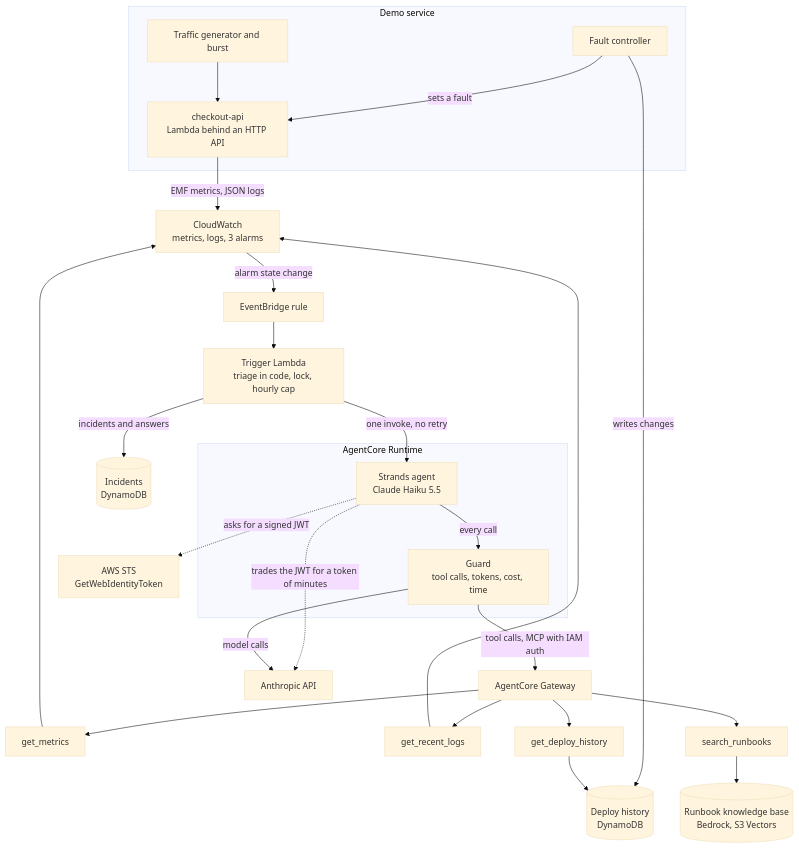
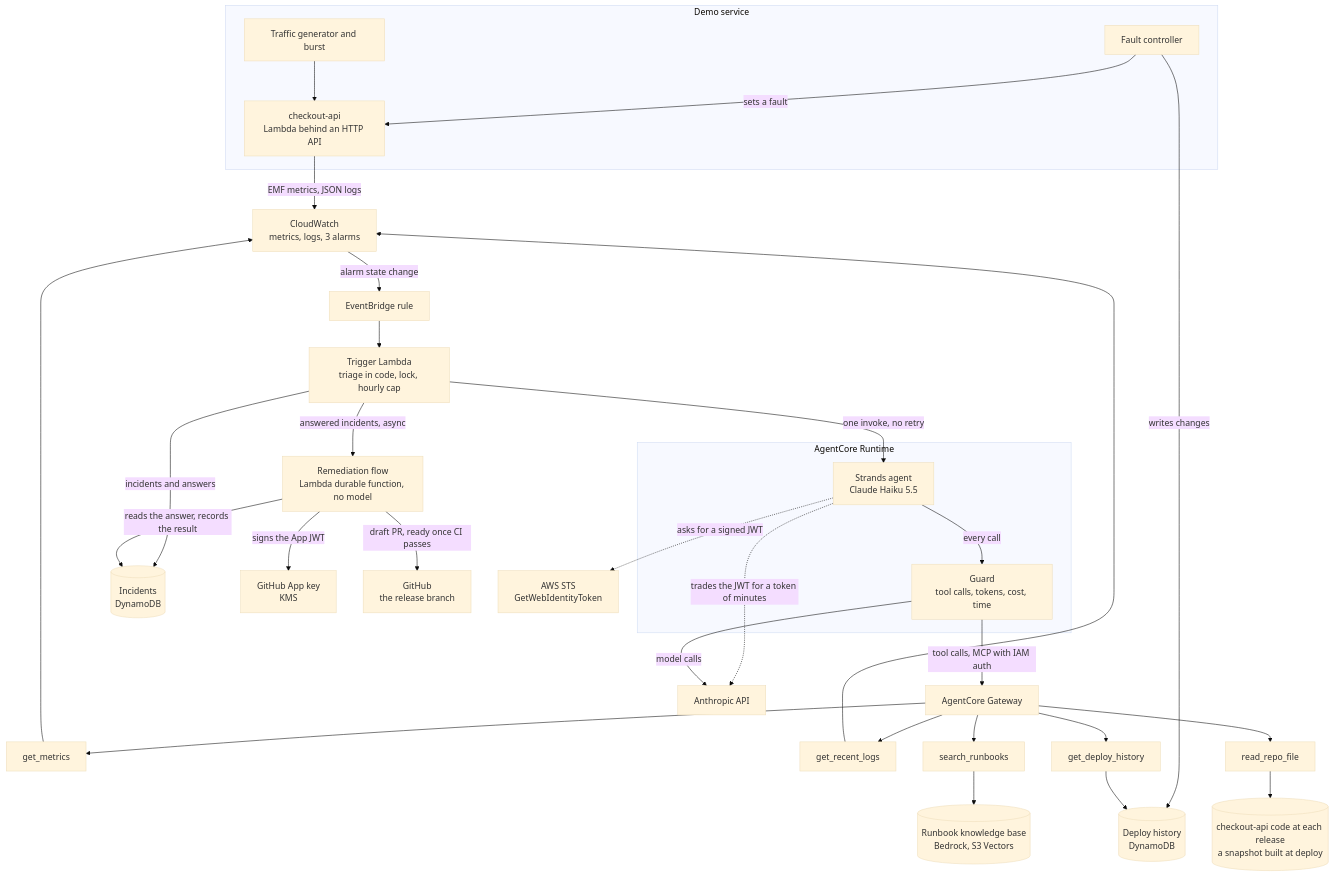
The diagram in README.md (BigMuscleSmoe/sentinelops), drawn with Mermaid (base theme) before and after one commit. The commit also changed other lines of this file and 1 other file, not shown here.

Commit message:
docs: the remediation flow as built, and the kill switch's lost starts

````diff
--- a/README.md
+++ b/README.md
@@ -16,33 +17,39 @@
 ```mermaid
 flowchart TD
     subgraph svc["Demo service"]
         ctl["Fault controller"]
         traffic["Traffic generator and burst"]
         api["checkout-api<br/>Lambda behind an HTTP API"]
     end
     ctl -->|sets a fault| api
     ctl -->|writes changes| deploys[("Deploy history<br/>DynamoDB")]
     traffic --> api
     api -->|EMF metrics, JSON logs| cw["CloudWatch<br/>metrics, logs, 3 alarms"]
     cw -->|alarm state change| eb["EventBridge rule"]
     eb --> trigger["Trigger Lambda<br/>triage in code, lock, hourly cap"]
     trigger -->|incidents and answers| incidents[("Incidents<br/>DynamoDB")]
     trigger -->|one invoke, no retry| agent
     subgraph runtime["AgentCore Runtime"]
         agent["Strands agent<br/>Claude Haiku 5.5"]
         guard["Guard<br/>tool calls, tokens, cost, time"]
     end
     agent -->|every call| guard
     guard -->|tool calls, MCP with IAM auth| gw["AgentCore Gateway"]
     gw --> t1["get_metrics"]
     gw --> t2["get_recent_logs"]
     gw --> t3["get_deploy_history"]
     gw --> t4["search_runbooks"]
+    gw --> t5["read_repo_file"]
     t1 --> cw
     t2 --> cw
     t3 --> deploys
     t4 --> kb[("Runbook knowledge base<br/>Bedrock, S3 Vectors")]
+    t5 --> snap[("checkout-api code at each release<br/>a snapshot built at deploy")]
+    trigger -->|answered incidents, async| flow["Remediation flow<br/>Lambda durable function, no model"]
+    flow -->|reads the answer, records the result| incidents
+    flow -->|signs the App JWT| kms["GitHub App key<br/>KMS"]
+    flow -->|draft PR, ready once CI passes| gh["GitHub<br/>the release branch"]
     agent -.->|asks for a signed JWT| sts["AWS STS<br/>GetWebIdentityToken"]
     agent -.->|trades the JWT for a token of minutes| anthropic["Anthropic API"]
     guard -->|model calls| anthropic
 ```
````
